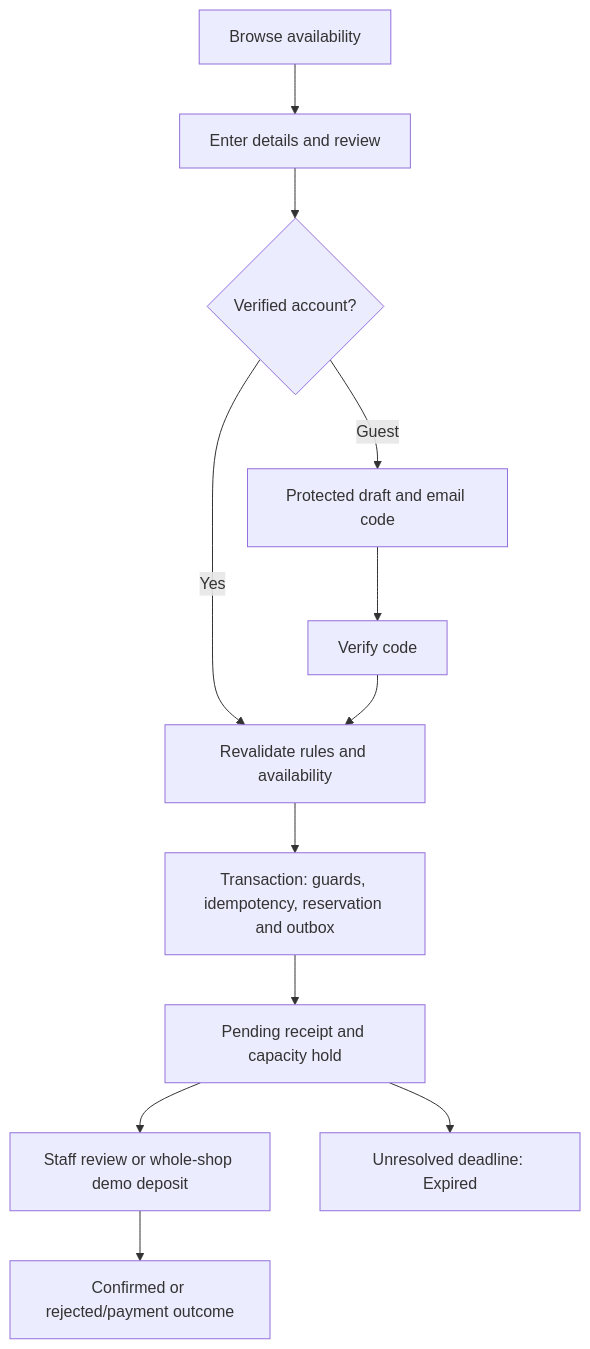
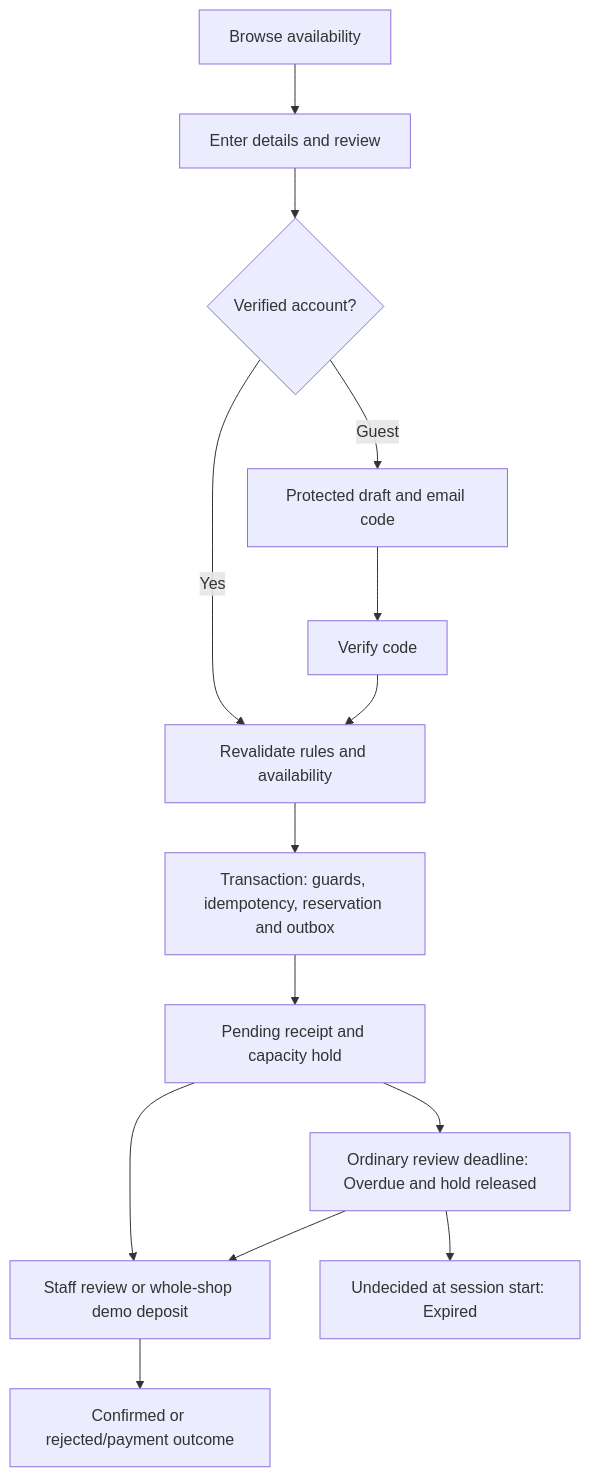
The diagram in Documentation/CURRENT-SYSTEM.md (marcKevzzz/HoleInHubReservationManagementSubsystem), drawn with Mermaid before and after one commit. The commit also changed other lines of this file and 82 other files, not shown here.

````diff
--- a/Documentation/CURRENT-SYSTEM.md
+++ b/Documentation/CURRENT-SYSTEM.md
@@ -35,14 +35,16 @@
 ```mermaid
 flowchart TD
     A[Browse availability] --> B[Enter details and review]
     B --> C{Verified account?}
     C -->|Yes| F[Revalidate rules and availability]
     C -->|Guest| D[Protected draft and email code]
     D --> E[Verify code]
     E --> F
     F --> G[Transaction: guards, idempotency, reservation and outbox]
     G --> H[Pending receipt and capacity hold]
     H --> I[Staff review or whole-shop demo deposit]
     I --> J[Confirmed or rejected/payment outcome]
-    H --> K[Unresolved deadline: Expired]
+    H --> K[Ordinary review deadline: Overdue and hold released]
+    K --> I
+    K --> L[Undecided at session start: Expired]
 ```
````
